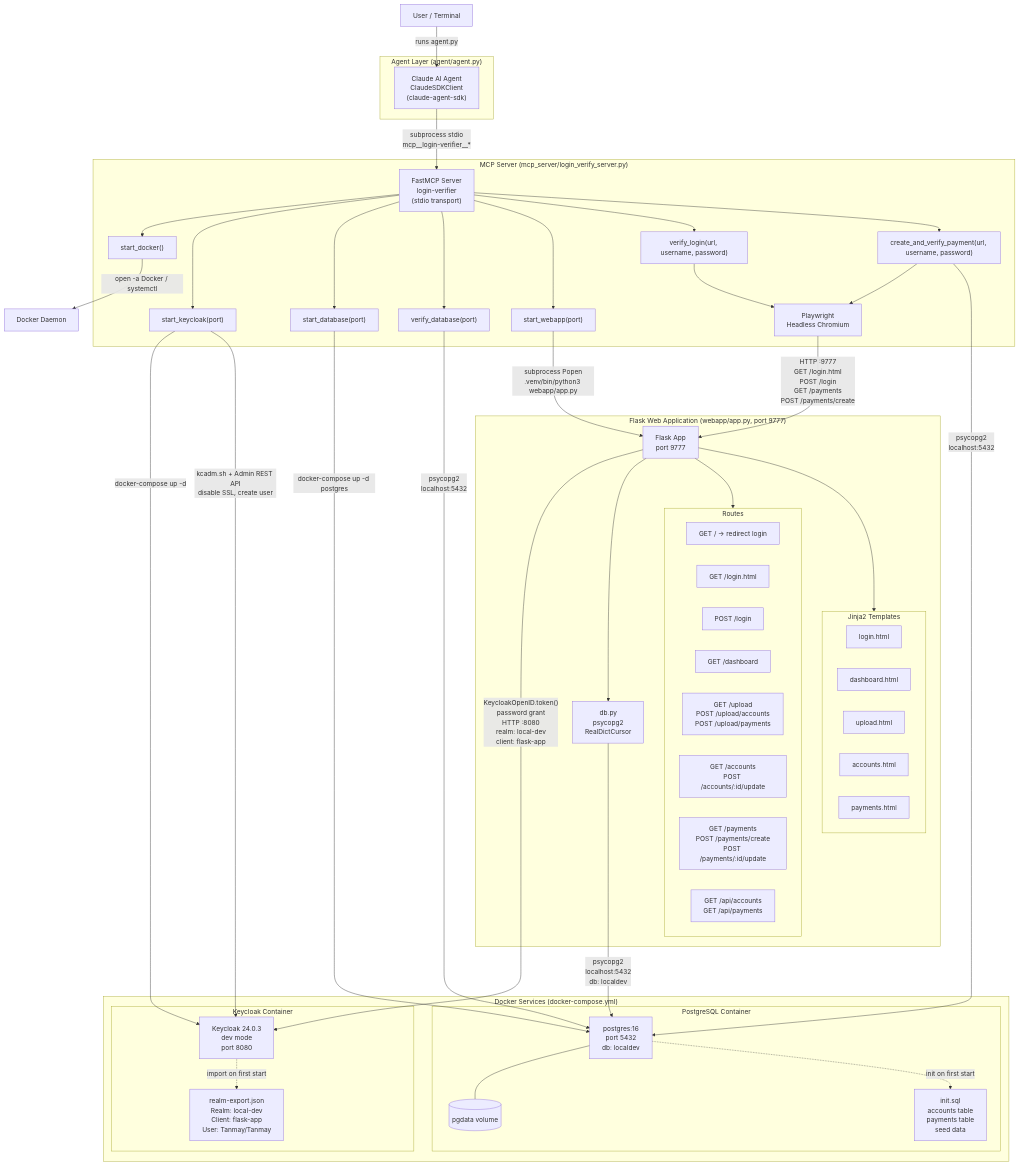
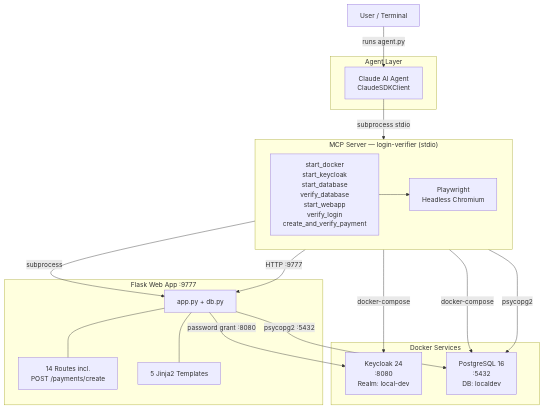
The diagram in ARCHITECTURE.md (tanmaypatil/agent-local-env), drawn with Mermaid before and after one commit. The commit also changed 1 other file, not shown here.

Commit message:
docs: simplify architecture diagram for readability

````diff
--- a/ARCHITECTURE.md
+++ b/ARCHITECTURE.md
@@ -8,101 +8,38 @@
 ```mermaid
-graph TD
+graph TB
     User["User / Terminal"]
 
-    subgraph Agent["Agent Layer (agent/agent.py)"]
-        AgentPy["Claude AI Agent\nClaudeSDKClient\n(claude-agent-sdk)"]
+    subgraph Agent["Agent Layer"]
+        AgentPy["Claude AI Agent<br/>ClaudeSDKClient"]
     end
 
-    subgraph MCP["MCP Server (mcp_server/login_verify_server.py)"]
-        MCPServer["FastMCP Server\nlogin-verifier\n(stdio transport)"]
-        T1["start_docker()"]
-        T2["start_keycloak(port)"]
-        T3["start_database(port)"]
-        T4["verify_database(port)"]
-        T5["start_webapp(port)"]
-        T6["verify_login(url, username, password)"]
-        T7["create_and_verify_payment(url, username, password)"]
-        Playwright["Playwright\nHeadless Chromium"]
-        MCPServer --> T1
-        MCPServer --> T2
-        MCPServer --> T3
-        MCPServer --> T4
-        MCPServer --> T5
-        MCPServer --> T6
-        MCPServer --> T7
-        T6 --> Playwright
-        T7 --> Playwright
+    subgraph MCP["MCP Server — login-verifier (stdio)"]
+        direction LR
+        MCPTools["start_docker<br/>start_keycloak<br/>start_database<br/>verify_database<br/>start_webapp<br/>verify_login<br/>create_and_verify_payment"]
+        Playwright["Playwright<br/>Headless Chromium"]
     end
 
-    subgraph Docker["Docker Services (docker-compose.yml)"]
-        subgraph KC["Keycloak Container"]
-            Keycloak["Keycloak 24.0.3\ndev mode\nport 8080"]
-            RealmJSON["realm-export.json\nRealm: local-dev\nClient: flask-app\nUser: Tanmay/Tanmay"]
-        end
-        subgraph PG["PostgreSQL Container"]
-            Postgres["postgres:16\nport 5432\ndb: localdev"]
-            Volume[("pgdata volume")]
-            InitSQL["init.sql\naccounts table\npayments table\nseed data"]
-        end
+    subgraph Flask["Flask Web App :9777"]
+        AppPy["app.py + db.py"]
+        Routes["14 Routes incl.<br/>POST /payments/create"]
+        Templates["5 Jinja2 Templates"]
+        AppPy --- Routes
+        AppPy --- Templates
     end
 
-    subgraph Flask["Flask Web Application (webapp/app.py, port 9777)"]
-        AppPy["Flask App\nport 9777"]
-        DbPy["db.py\npsycopg2\nRealDictCursor"]
-        subgraph Routes["Routes"]
-            R1["GET / → redirect login"]
-            R2["GET /login.html"]
-            R3["POST /login"]
-            R4["GET /dashboard"]
-            R5["GET /upload\nPOST /upload/accounts\nPOST /upload/payments"]
-            R6["GET /accounts\nPOST /accounts/:id/update"]
-            R7["GET /payments\nPOST /payments/create\nPOST /payments/:id/update"]
-            R8["GET /api/accounts\nGET /api/payments"]
-        end
-        subgraph Templates["Jinja2 Templates"]
-            login.html
-            dashboard.html
-            upload.html
-            accounts.html
-            payments.html
-        end
+    subgraph Docker["Docker Services"]
+        Keycloak["Keycloak 24<br/>:8080<br/>Realm: local-dev"]
+        Postgres["PostgreSQL 16<br/>:5432<br/>DB: localdev"]
     end
 
-    %% User launches agent
-    User -->|"runs agent.py"| AgentPy
-
-    %% Agent spawns MCP server as subprocess (stdio)
-    AgentPy -->|"subprocess stdio\nmcp__login-verifier__*"| MCPServer
-
-    %% MCP tools control Docker via docker-compose CLI
-    T1 -->|"open -a Docker / systemctl"| DockerDaemon["Docker Daemon"]
-    T2 -->|"docker-compose up -d"| Keycloak
-    T3 -->|"docker-compose up -d postgres"| Postgres
-    T2 -->|"kcadm.sh + Admin REST API\ndisable SSL, create user"| Keycloak
-
-    %% MCP tool starts Flask as subprocess
-    T5 -->|"subprocess Popen\n.venv/bin/python3 webapp/app.py"| AppPy
-
-    %% MCP tool verifies DB directly
-    T4 -->|"psycopg2\nlocalhost:5432"| Postgres
-    T7 -->|"psycopg2\nlocalhost:5432"| Postgres
-
-    %% Playwright drives Flask UI
-    Playwright -->|"HTTP :9777\nGET /login.html\nPOST /login\nGET /payments\nPOST /payments/create"| AppPy
-
-    %% Flask authenticates via Keycloak (password grant)
-    AppPy -->|"KeycloakOpenID.token()\npassword grant\nHTTP :8080\nrealm: local-dev\nclient: flask-app"| Keycloak
-
-    %% Flask reads/writes DB
-    DbPy -->|"psycopg2\nlocalhost:5432\ndb: localdev"| Postgres
-
-    %% Flask internal
-    AppPy --> DbPy
-    AppPy --> Routes
-    AppPy --> Templates
-
-    %% DB internals
-    Postgres --- Volume
-    Postgres -.->|"init on first start"| InitSQL
-    Keycloak -.->|"import on first start"| RealmJSON
+    User -->|runs agent.py| AgentPy
+    AgentPy -->|subprocess stdio| MCPTools
+    MCPTools -->|docker-compose| Keycloak
+    MCPTools -->|docker-compose| Postgres
+    MCPTools -->|subprocess| AppPy
+    MCPTools --> Playwright
+    Playwright -->|HTTP :9777| AppPy
+    MCPTools -->|psycopg2| Postgres
+    AppPy -->|password grant :8080| Keycloak
+    AppPy -->|psycopg2 :5432| Postgres
 ```
````
